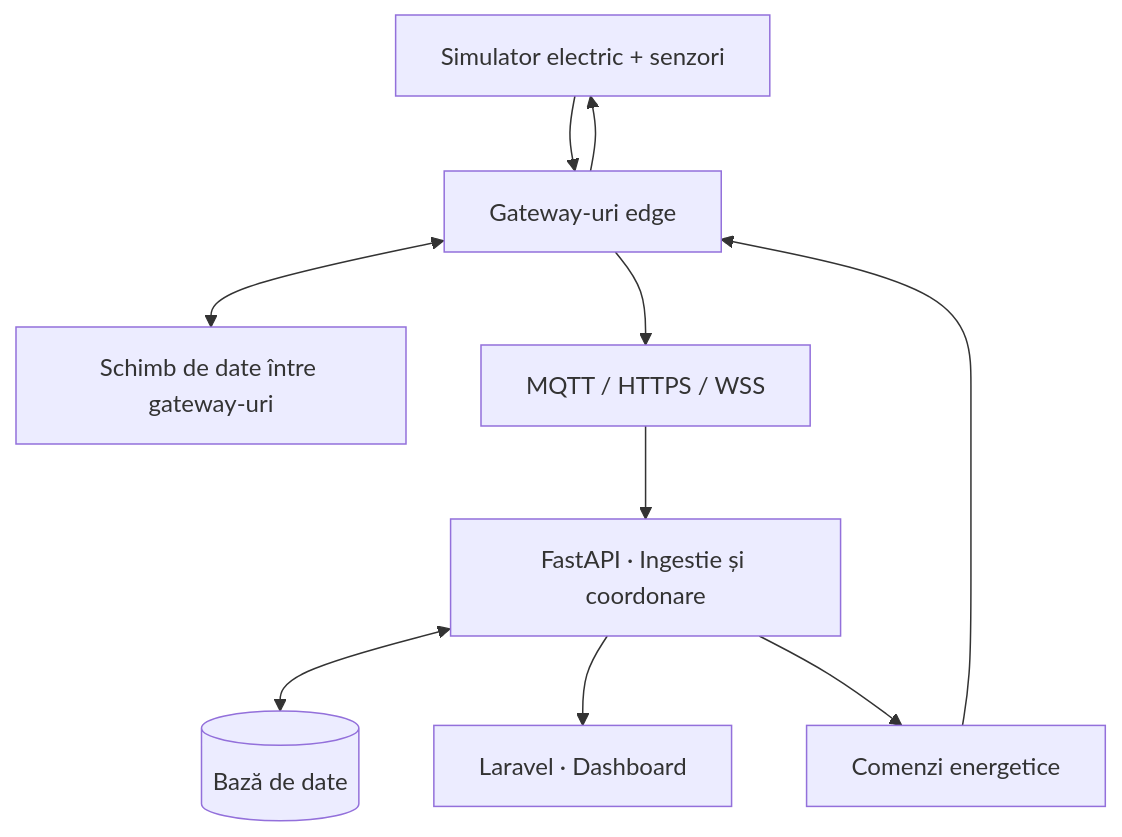
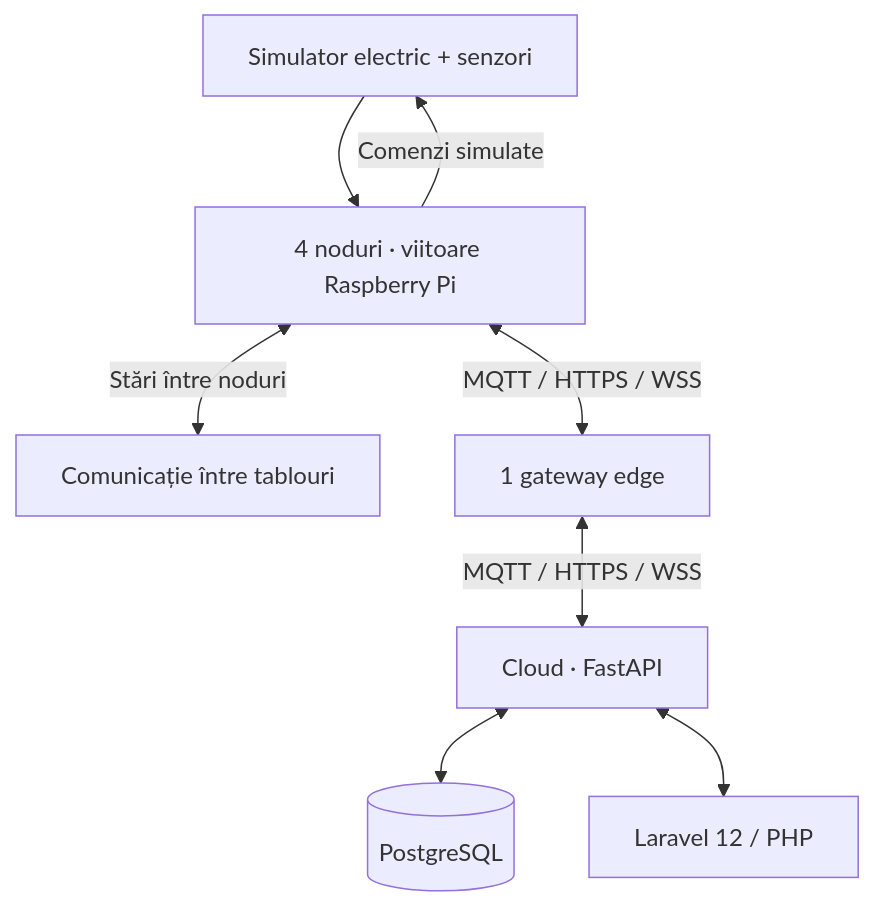
The second of 2 diagrams in README.md (Copernicus12/electrical-distribution-IOT-platform), drawn with Mermaid before and after one commit. The commit also changed other lines of this file, not shown here.

````diff
--- a/README.md
+++ b/README.md
@@ -28,12 +47,10 @@
 ```mermaid
 flowchart TD
-    SIM["Simulator electric + senzori"] --> EDGE["Gateway-uri edge"]
-    EDGE <--> PEER["Schimb de date între gateway-uri"]
-    EDGE --> COMM["MQTT / HTTPS / WSS"]
-    COMM --> API["FastAPI · Ingestie și coordonare"]
-    API <--> DB[("Bază de date")]
-    API --> WEB["Laravel · Dashboard"]
-    API --> CMD["Comenzi energetice"]
-    CMD --> EDGE
-    EDGE --> SIM
+    SIM["Simulator electric + senzori"] --> N["4 noduri · viitoare Raspberry Pi"]
+    N <-->|"Stări între noduri"| PEER["Comunicație între tablouri"]
+    N <-->|"MQTT / HTTPS / WSS"| EDGE["1 gateway edge"]
+    EDGE <-->|"MQTT / HTTPS / WSS"| API["Cloud · FastAPI"]
+    API <--> DB[("PostgreSQL")]
+    API <--> WEB["Laravel 12 / PHP"]
+    N -->|"Comenzi simulate"| SIM
 ```
````
